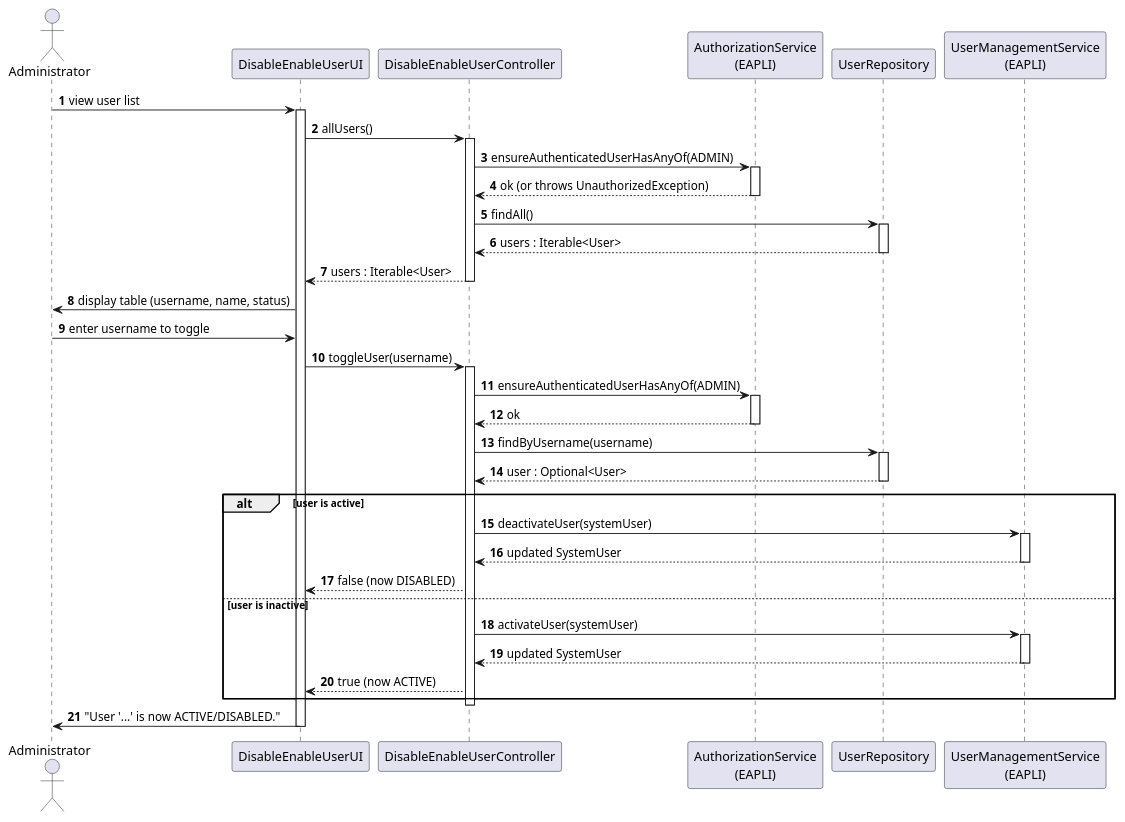
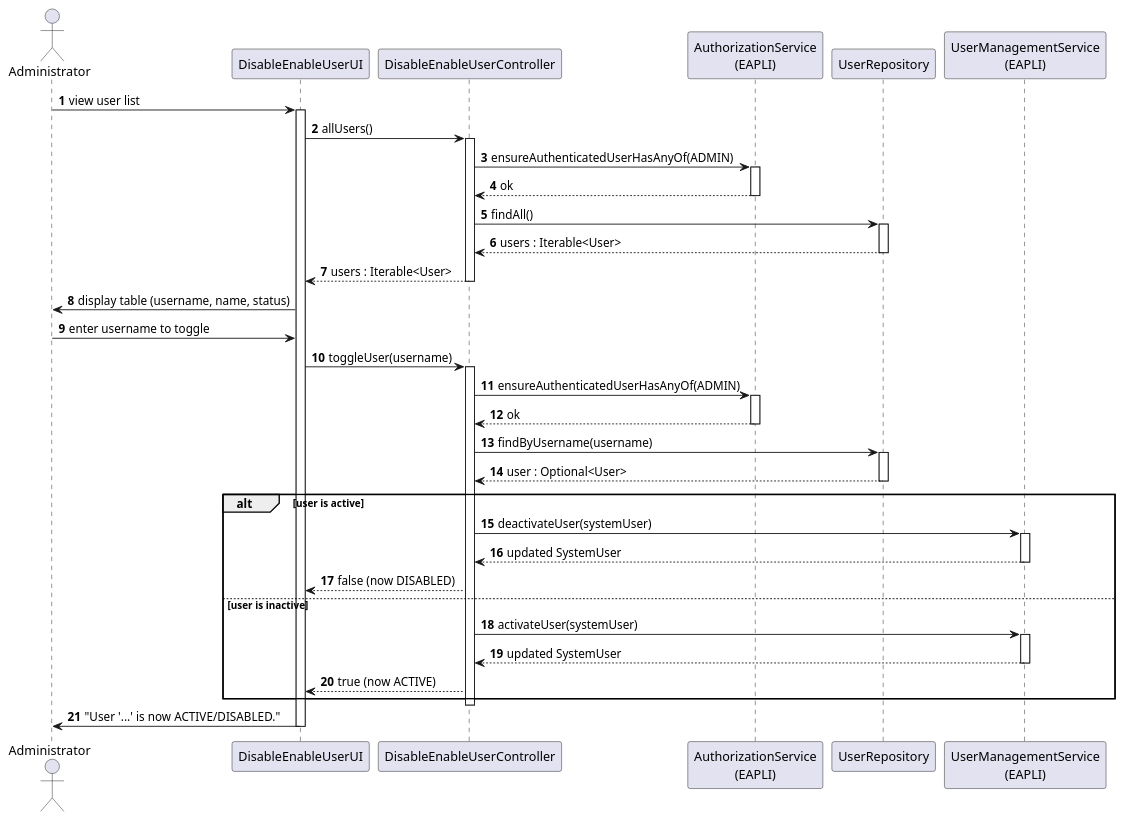
The diagram in aisafe.base/docs/user-stories/us032/puml/US032-SD.puml (brunodspinto/aisafe), drawn with PlantUML before and after one commit. The commit also changed 2 other files, not shown here.

```diff
--- a/aisafe.base/docs/user-stories/us032/puml/US032-SD.puml
+++ b/aisafe.base/docs/user-stories/us032/puml/US032-SD.puml
@@ -1,63 +1,63 @@
 @startuml sd32
 skinparam shadowing false
 autonumber
 
 actor Administrator as admin
 participant "DisableEnableUserUI" as ui
 participant "DisableEnableUserController" as ctrl
 participant "AuthorizationService\n(EAPLI)" as authz
 participant "UserRepository" as repo
 participant "UserManagementService\n(EAPLI)" as userSvc
 
 admin -> ui : view user list
 activate ui
 
 ui -> ctrl : allUsers()
 activate ctrl
 ctrl -> authz : ensureAuthenticatedUserHasAnyOf(ADMIN)
 activate authz
-authz --> ctrl : ok (or throws UnauthorizedException)
+authz --> ctrl : ok
 deactivate authz
 ctrl -> repo : findAll()
 activate repo
 repo --> ctrl : users : Iterable<User>
 deactivate repo
 ctrl --> ui : users : Iterable<User>
 deactivate ctrl
 
 ui -> admin : display table (username, name, status)
 
 admin -> ui : enter username to toggle
 ui -> ctrl : toggleUser(username)
 activate ctrl
 
 ctrl -> authz : ensureAuthenticatedUserHasAnyOf(ADMIN)
 activate authz
 authz --> ctrl : ok
 deactivate authz
 
 ctrl -> repo : findByUsername(username)
 activate repo
 repo --> ctrl : user : Optional<User>
 deactivate repo
 
 alt user is active
     ctrl -> userSvc : deactivateUser(systemUser)
     activate userSvc
     userSvc --> ctrl : updated SystemUser
     deactivate userSvc
     ctrl --> ui : false (now DISABLED)
 else user is inactive
     ctrl -> userSvc : activateUser(systemUser)
     activate userSvc
     userSvc --> ctrl : updated SystemUser
     deactivate userSvc
     ctrl --> ui : true (now ACTIVE)
 end
 
 deactivate ctrl
 
 ui -> admin : "User '...' is now ACTIVE/DISABLED."
 deactivate ui
 
 @enduml
```
